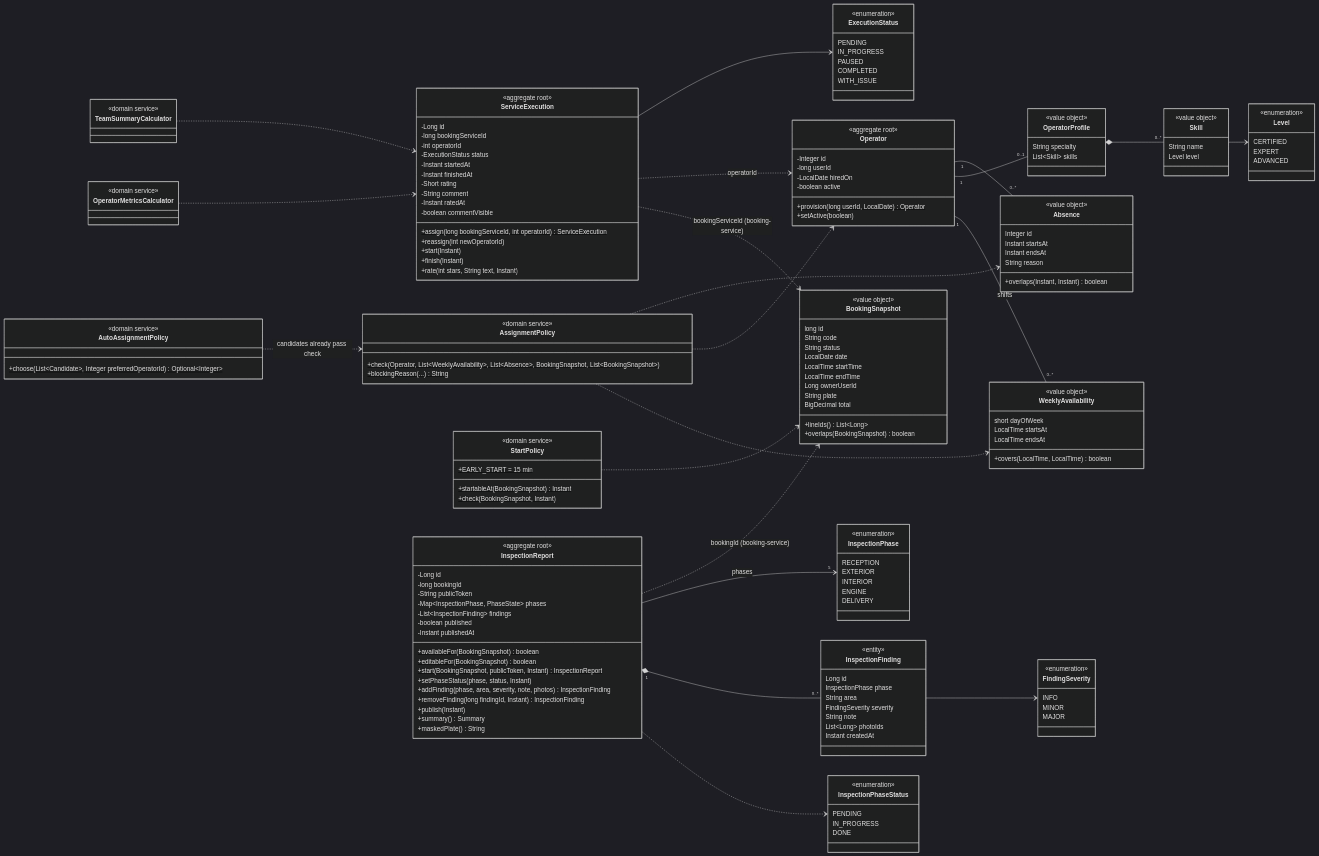
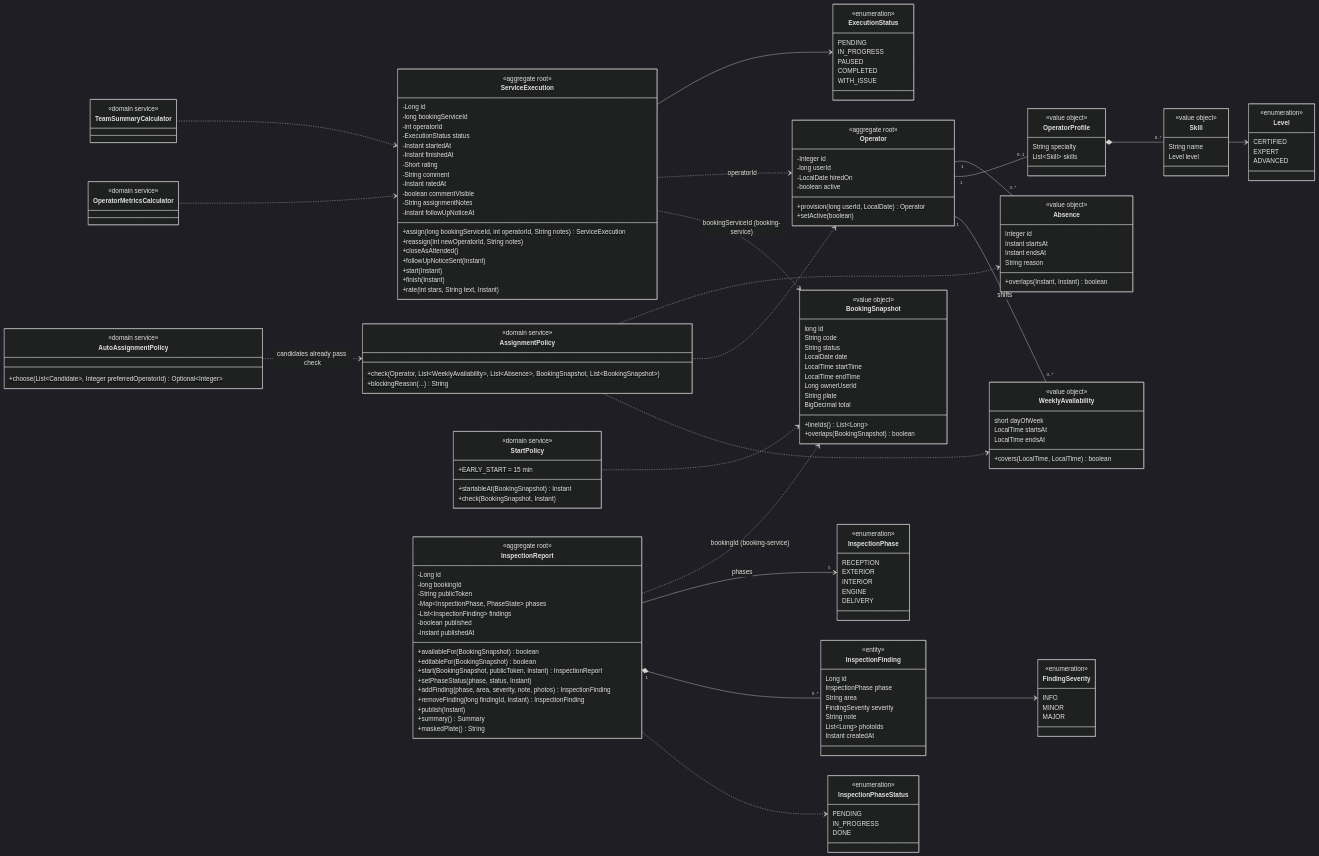
Before and after one commit to code-sena/vehicle-w-docs: the diagram in 08-uml/diagrams/source/class-operations.md, drawn with Mermaid (dark theme). The commit also changed other lines of this file and 8 other files, not shown here.

First line of the commit message:
docs(uml): align the C4 and UML diagrams with the real events, the internal key on operator routes, the notes and the backups

```diff
--- a/08-uml/diagrams/source/class-operations.md
+++ b/08-uml/diagrams/source/class-operations.md
@@ -51,8 +51,12 @@
         -String comment
         -Instant ratedAt
         -boolean commentVisible
-        +assign(long bookingServiceId, int operatorId)$ ServiceExecution
-        +reassign(int newOperatorId)
+        -String assignmentNotes
+        -Instant followUpNoticeAt
+        +assign(long bookingServiceId, int operatorId, String notes)$ ServiceExecution
+        +reassign(int newOperatorId, String notes)
+        +closeAsAttended()
+        +followUpNoticeSent(Instant)
         +start(Instant)
         +finish(Instant)
         +rate(int stars, String text, Instant)
```
